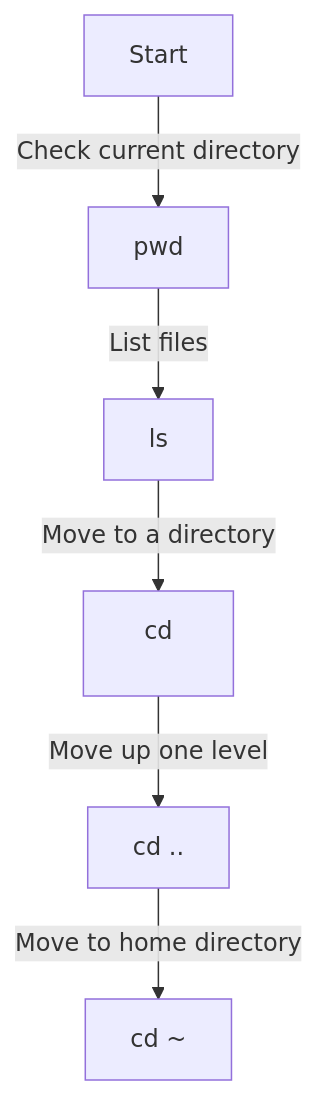
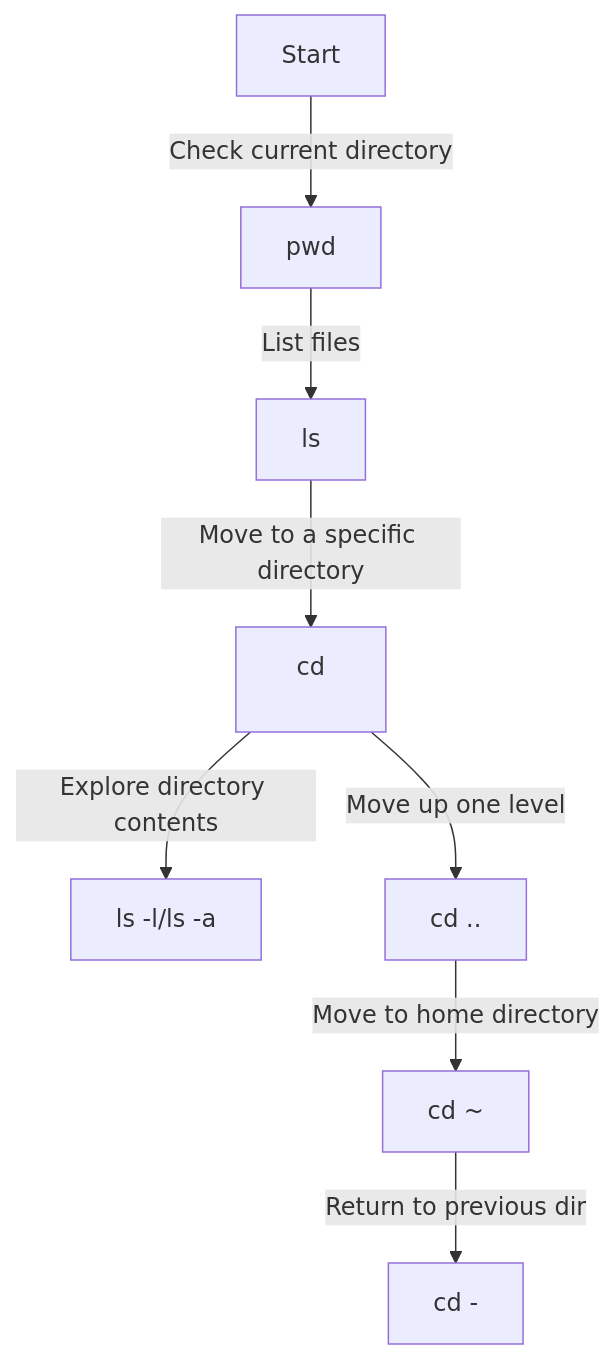
Before and after one commit to danielcregg/ats-labs: the first of 4 diagrams in README.md, drawn with Mermaid. The commit also changed other lines of this file, not shown here.

````diff
--- a/README.md
+++ b/README.md
@@ -26,8 +38,10 @@
 ```mermaid
 graph TD;
     A[Start] -->|Check current directory| B[pwd];
     B -->|List files| C[ls];
-    C -->|Move to a directory| D[cd <dir>];
+    C -->|Move to a specific directory| D[cd <dir>];
+    D -->|Explore directory contents| F[ls -l/ls -a];
     D -->|Move up one level| E[cd ..];
-    E -->|Move to home directory| F[cd ~];
+    E -->|Move to home directory| F2[cd ~];
+    F2 -->|Return to previous dir| G[cd -];
 ```
````
